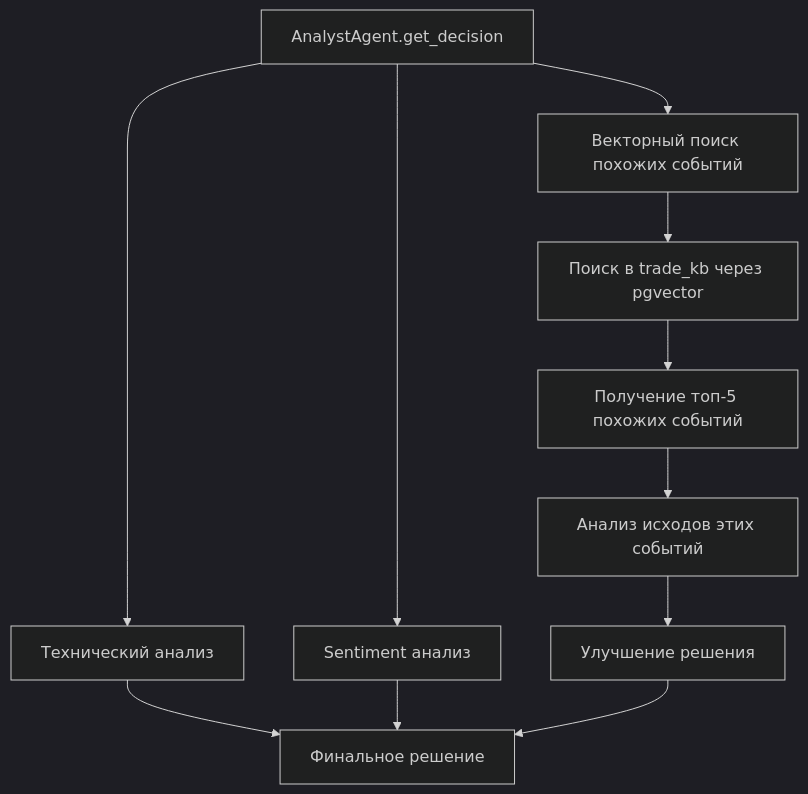
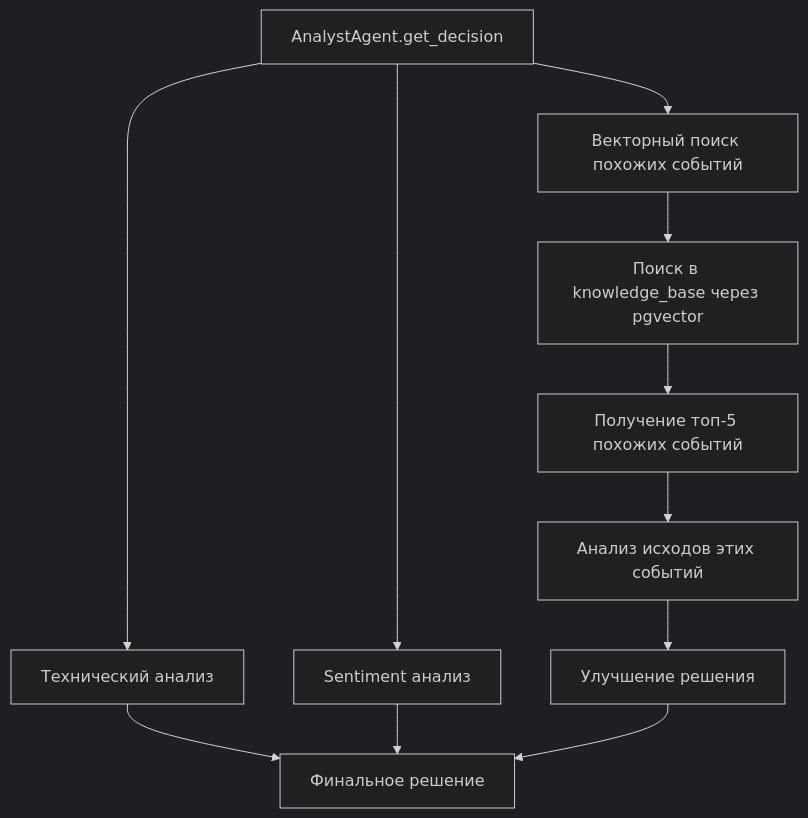
One commit to kobyzev-yuri/lse changed the third of 3 diagrams in docs/VECTOR_KB_IMPLEMENTATION.md. Above: the diagram before and after it, drawn with Mermaid (dark theme). The commit also changed other lines of this file and 30 other files, not shown here.

````diff
--- a/docs/VECTOR_KB_IMPLEMENTATION.md
+++ b/docs/VECTOR_KB_IMPLEMENTATION.md
@@ -146,15 +143,15 @@
 ```mermaid
 flowchart TD
     A[AnalystAgent.get_decision] --> B[Технический анализ]
     A --> C[Sentiment анализ]
     A --> D[Векторный поиск похожих событий]
     
-    D --> E[Поиск в trade_kb через pgvector]
+    D --> E[Поиск в knowledge_base через pgvector]
     E --> F[Получение топ-5 похожих событий]
     F --> G[Анализ исходов этих событий]
     G --> H[Улучшение решения]
     
     B --> I[Финальное решение]
     C --> I
     H --> I
 ```
````
